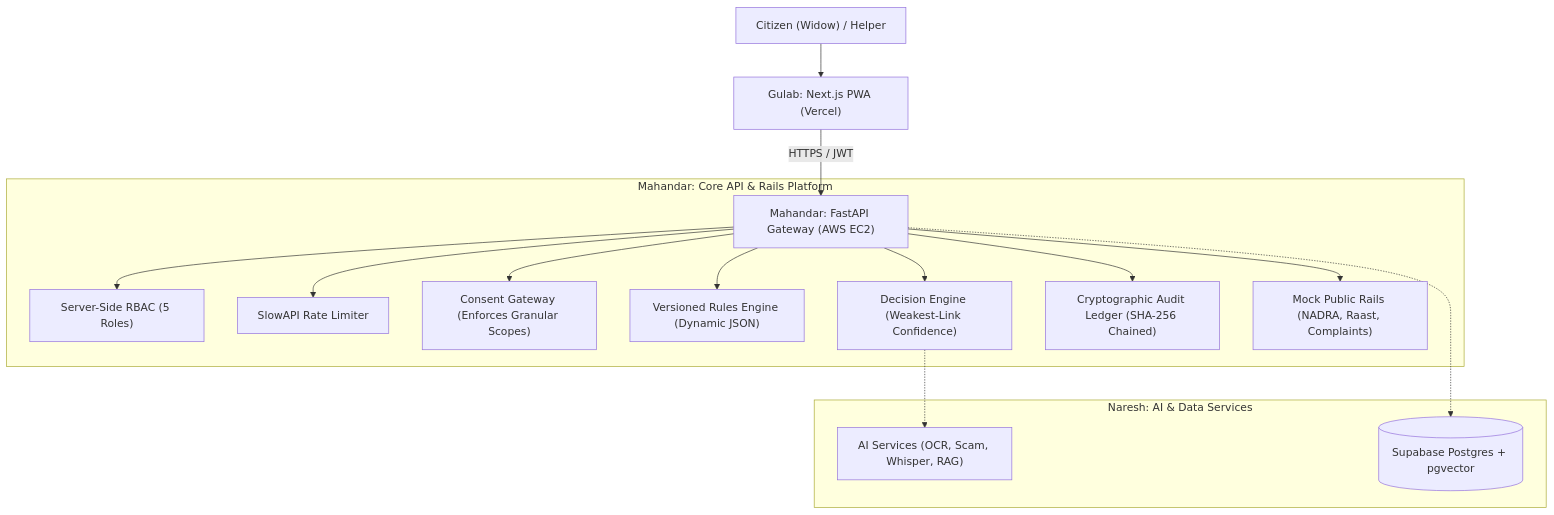
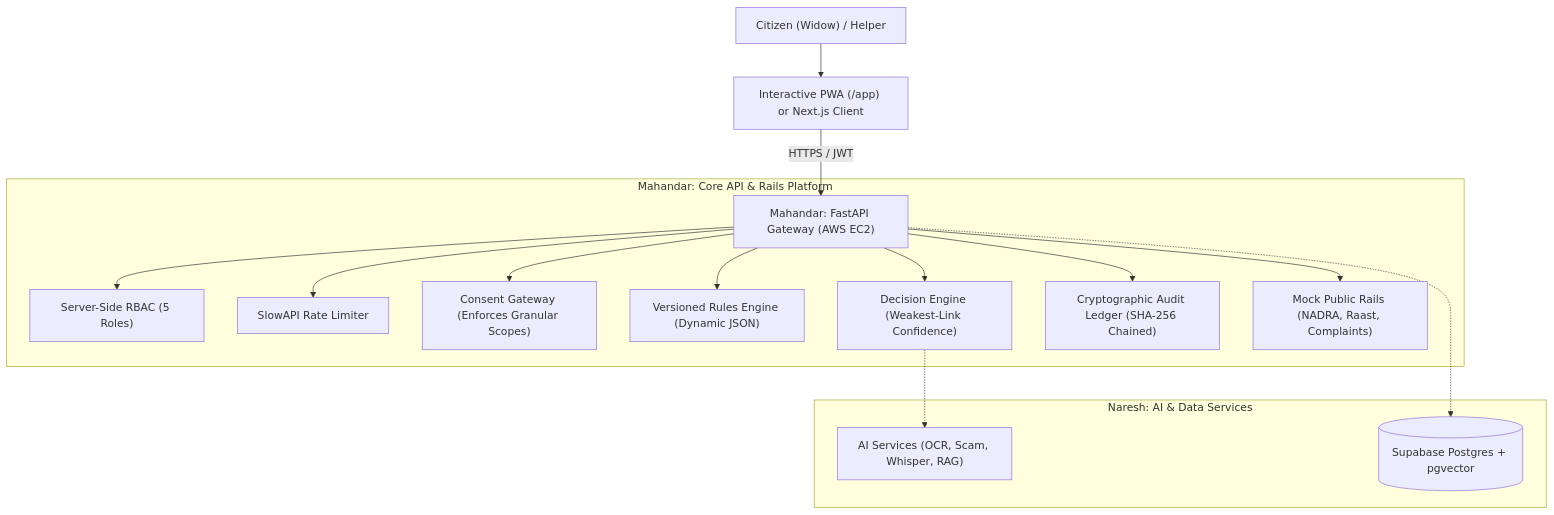
One commit to Gulab1275/lastmile-ai-rails changed the diagram in README.md. Above: the diagram before and after it, drawn with Mermaid. The commit also changed other lines of this file, not shown here.

Commit message:
docs: update README.md with interactive PWA /app guide, 40-test suite & judging walkthrough

````diff
--- a/README.md
+++ b/README.md
@@ -80,20 +80,20 @@
 ```mermaid
 flowchart TD
-    User["Citizen (Widow) / Helper"] --> PWA["Gulab: Next.js PWA (Vercel)"]
+    User["Citizen (Widow) / Helper"] --> PWA["Interactive PWA (/app) or Next.js Client"]
     PWA -->|"HTTPS / JWT"| API["Mahandar: FastAPI Gateway (AWS EC2)"]
 
     subgraph "Mahandar: Core API & Rails Platform"
         API --> RBAC["Server-Side RBAC (5 Roles)"]
         API --> RateLimit["SlowAPI Rate Limiter"]
         API --> ConsentGW["Consent Gateway (Enforces Granular Scopes)"]
         API --> RulesEng["Versioned Rules Engine (Dynamic JSON)"]
         API --> DecisionEng["Decision Engine (Weakest-Link Confidence)"]
         API --> AuditLog["Cryptographic Audit Ledger (SHA-256 Chained)"]
         API --> MockDPI["Mock Public Rails (NADRA, Raast, Complaints)"]
     end
 
     subgraph "Naresh: AI & Data Services"
         DecisionEng -.-> AI_Pipe["AI Services (OCR, Scam, Whisper, RAG)"]
         API -.-> SupabaseDB[("Supabase Postgres + pgvector")]
     end
 ```
````
